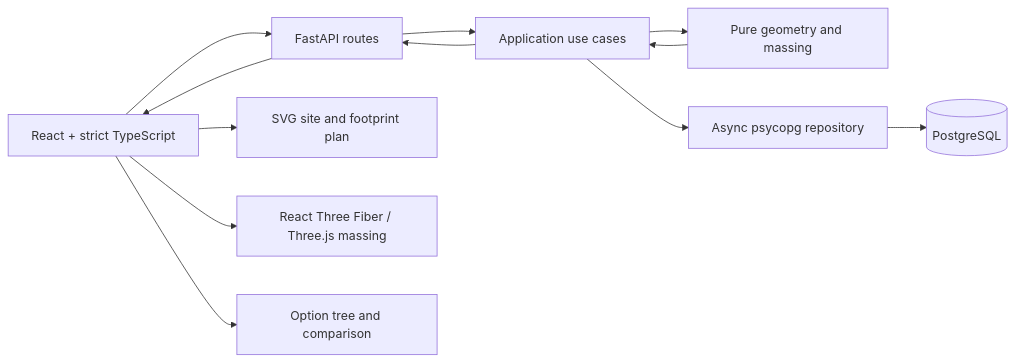
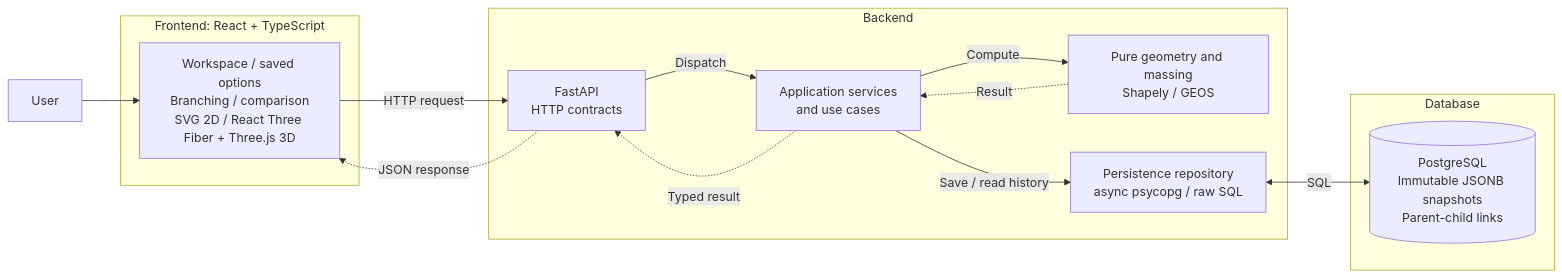
Before and after one commit to Aleks2580/building-geometry-case-study: the first of 2 diagrams in docs/DESIGN.md, drawn with Mermaid. The commit also changed other lines of this file and 22 other files, not shown here.

````diff
--- a/docs/DESIGN.md
+++ b/docs/DESIGN.md
@@ -115,14 +26,25 @@
 ```mermaid
 flowchart LR
-    UI["React + strict TypeScript"] --> HTTP["FastAPI routes"]
-    HTTP --> APP["Application use cases"]
-    APP --> DOMAIN["Pure geometry and massing"]
-    APP --> REPO["Async psycopg repository"]
-    REPO --> DB[("PostgreSQL")]
-    DOMAIN --> APP
-    APP --> HTTP
-    HTTP --> UI
-    UI --> SVG["SVG site and footprint plan"]
-    UI --> THREE["React Three Fiber / Three.js massing"]
-    UI --> TREE["Option tree and comparison"]
+    User["User"]
+    subgraph Frontend["Frontend: React + TypeScript"]
+        UI["Workspace / saved options<br/>Branching / comparison<br/>SVG 2D / React Three Fiber + Three.js 3D"]
+    end
+    subgraph Backend["Backend"]
+        HTTP["FastAPI<br/>HTTP contracts"]
+        Services["Application services<br/>and use cases"]
+        Domain["Pure geometry and massing<br/>Shapely / GEOS"]
+        Repository["Persistence repository<br/>async psycopg / raw SQL"]
+    end
+    subgraph Database["Database"]
+        DB[("PostgreSQL<br/>Immutable JSONB snapshots<br/>Parent-child links")]
+    end
+    User --> UI
+    UI -->|HTTP request| HTTP
+    HTTP -->|Dispatch| Services
+    Services -->|Compute| Domain
+    Services -->|Save / read history| Repository
+    Repository <-->|SQL| DB
+    Domain -.->|Result| Services
+    Services -.->|Typed result| HTTP
+    HTTP -.->|JSON response| UI
 ```
````
